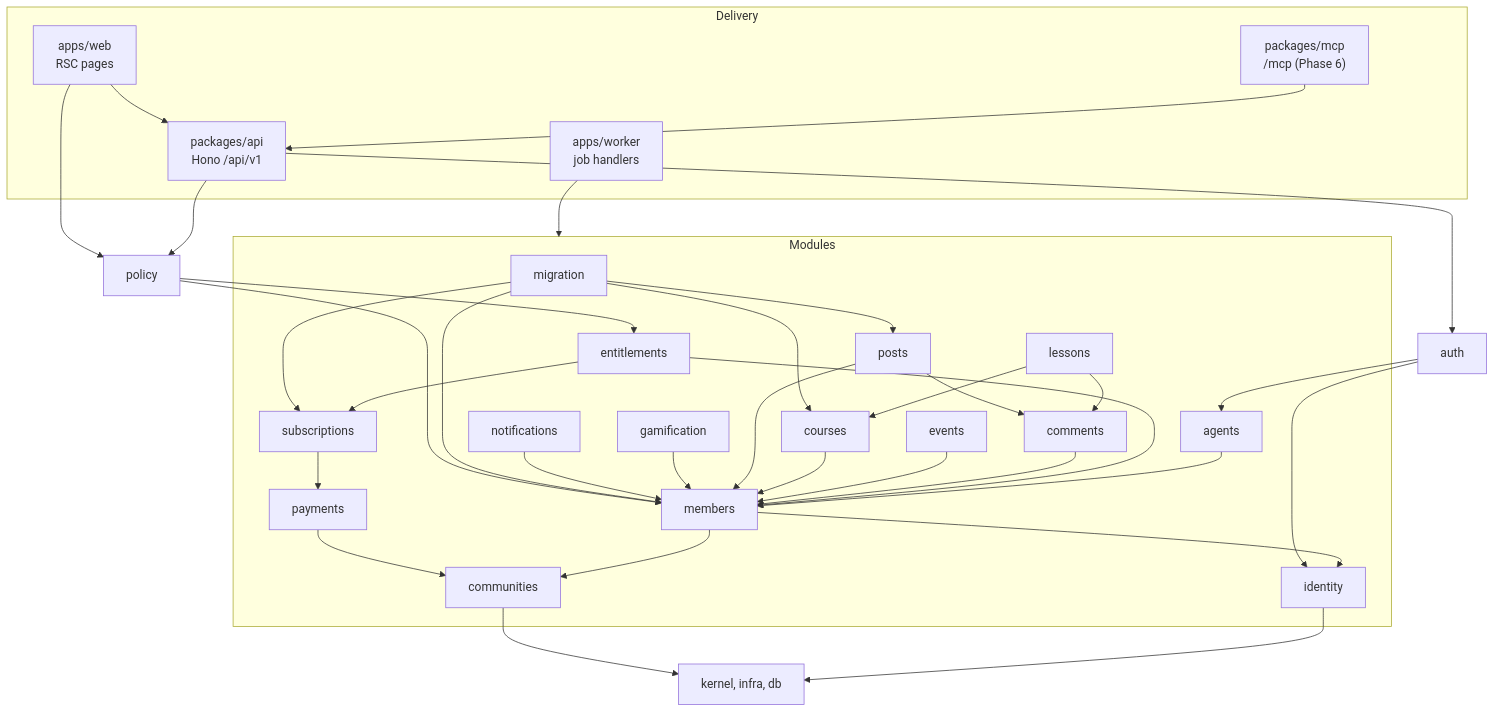
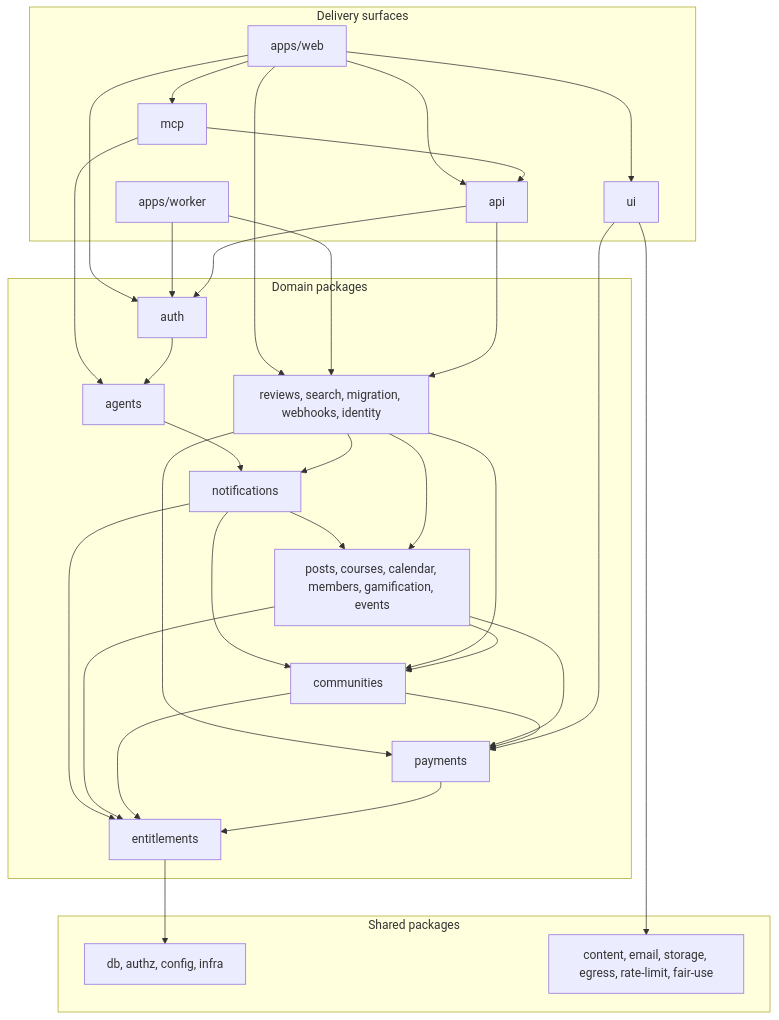
One commit to cohory/cohory changed the first of 2 diagrams in docs/architecture/overview.md. Above: the diagram before and after it, drawn with Mermaid. The commit also changed other lines of this file and 117 other files, not shown here.

````diff
--- a/docs/architecture/overview.md
+++ b/docs/architecture/overview.md
@@ -313,62 +104,53 @@
 ```mermaid
 flowchart TD
-    subgraph Delivery
-        WEB["apps/web<br/>RSC pages"]
-        API["packages/api<br/>Hono /api/v1"]
-        MCP["packages/mcp<br/>/mcp (Phase 6)"]
-        WRK["apps/worker<br/>job handlers"]
+    subgraph Delivery["Delivery surfaces"]
+        WEB["apps/web"]
+        WRK["apps/worker"]
+        API["api"]
+        MCP["mcp"]
+        UI["ui"]
     end
-    POL["policy"]
-    AUTH["auth"]
-    subgraph Modules
-        MIG["migration"]
+    subgraph Domain["Domain packages"]
+        AUTH["auth"]
         AGT["agents"]
         NTF["notifications"]
-        GAM["gamification"]
-        POS["posts"]
-        LES["lessons"]
-        CRS["courses"]
-        EVT["events"]
-        CMT["comments"]
+        CMP["reviews, search, migration, webhooks, identity"]
+        CNT["posts, courses, calendar, members, gamification, events"]
+        COM["communities"]
+        PAY["payments"]
         ENT["entitlements"]
-        SUB["subscriptions"]
-        PAY["payments"]
-        MEM["members"]
-        COM["communities"]
-        IDN["identity"]
     end
-    KER["kernel, infra, db"]
-
+    subgraph Shared["Shared packages"]
+        CORE["db, authz, config, infra"]
+        ADP["content, email, storage, egress, rate-limit, fair-use"]
+    end
     WEB --> API
-    WEB --> POL
-    API --> POL
+    WEB --> MCP
+    WEB --> UI
+    WEB --> AUTH
+    WEB --> CMP
+    WRK --> AUTH
+    WRK --> CMP
     MCP --> API
-    WRK --> Modules
+    MCP --> AGT
     API --> AUTH
-    AUTH --> IDN
+    API --> CMP
     AUTH --> AGT
-    POL --> MEM
-    POL --> ENT
-    MIG --> POS
-    MIG --> CRS
-    MIG --> MEM
-    MIG --> SUB
-    NTF --> MEM
-    GAM --> MEM
-    POS --> CMT
-    LES --> CMT
-    LES --> CRS
-    POS --> MEM
-    CRS --> MEM
-    EVT --> MEM
-    CMT --> MEM
-    ENT --> SUB
-    ENT --> MEM
-    SUB --> PAY
-    PAY --> COM
-    MEM --> COM
-    MEM --> IDN
-    AGT --> MEM
-    COM --> KER
-    IDN --> KER
+    AGT --> NTF
+    NTF --> CNT
+    NTF --> COM
+    NTF --> ENT
+    CMP --> NTF
+    CMP --> CNT
+    CMP --> PAY
+    CMP --> COM
+    CNT --> COM
+    CNT --> PAY
+    CNT --> ENT
+    COM --> PAY
+    COM --> ENT
+    PAY --> ENT
+    ENT --> CORE
+    UI --> ADP
+    UI --> PAY
 ```
````
